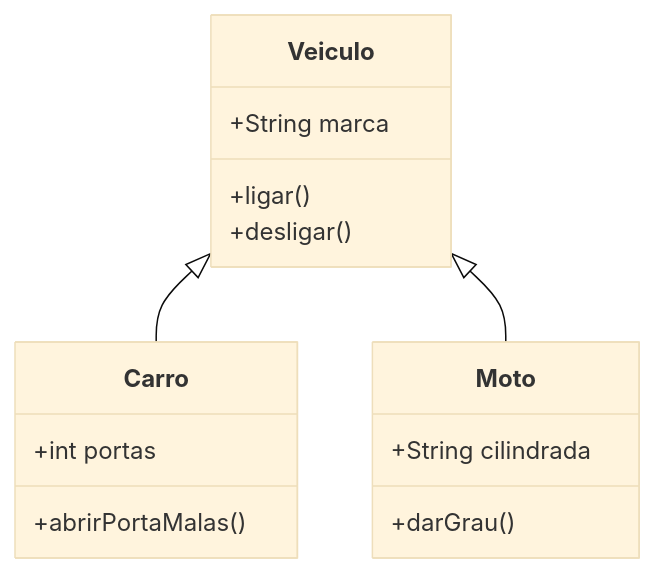
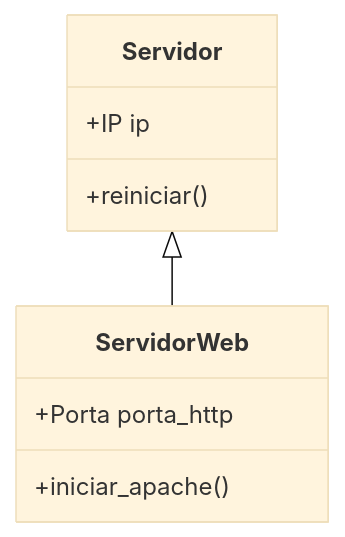
The diagram in guias/Curso_POO_Pratica.md (Mushyc/WIKI_MATHEUS_TI), drawn with Mermaid (base theme) before and after one commit. The commit also changed other lines of this file and 18 other files, not shown here.

````diff
--- a/guias/Curso_POO_Pratica.md
+++ b/guias/Curso_POO_Pratica.md
@@ -13,18 +51,12 @@
 ```mermaid
 classDiagram
-    class Veiculo {
-        +String marca
-        +ligar()
-        +desligar()
+    class Servidor {
+        +IP ip
+        +reiniciar()
     }
-    class Carro {
-        +int portas
-        +abrirPortaMalas()
+    class ServidorWeb {
+        +Porta porta_http
+        +iniciar_apache()
     }
-    class Moto {
-        +String cilindrada
-        +darGrau()
-    }
-    Veiculo <|-- Carro
-    Veiculo <|-- Moto
+    Servidor <|-- ServidorWeb
 ```
````
